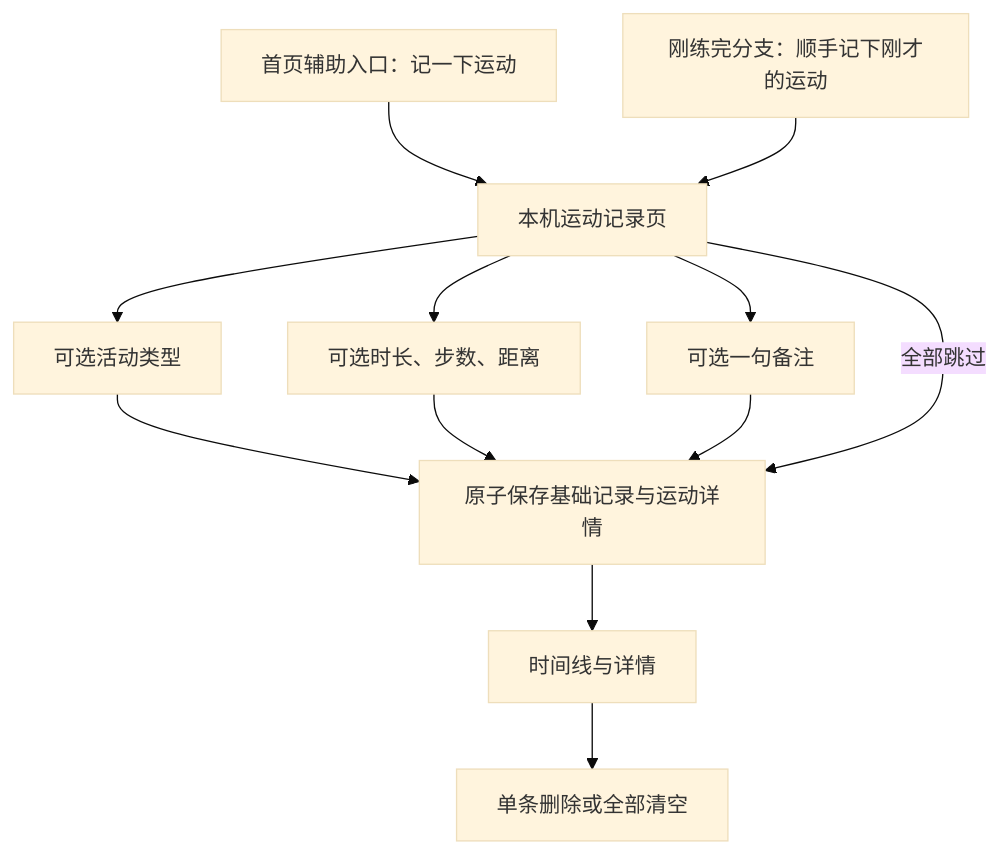
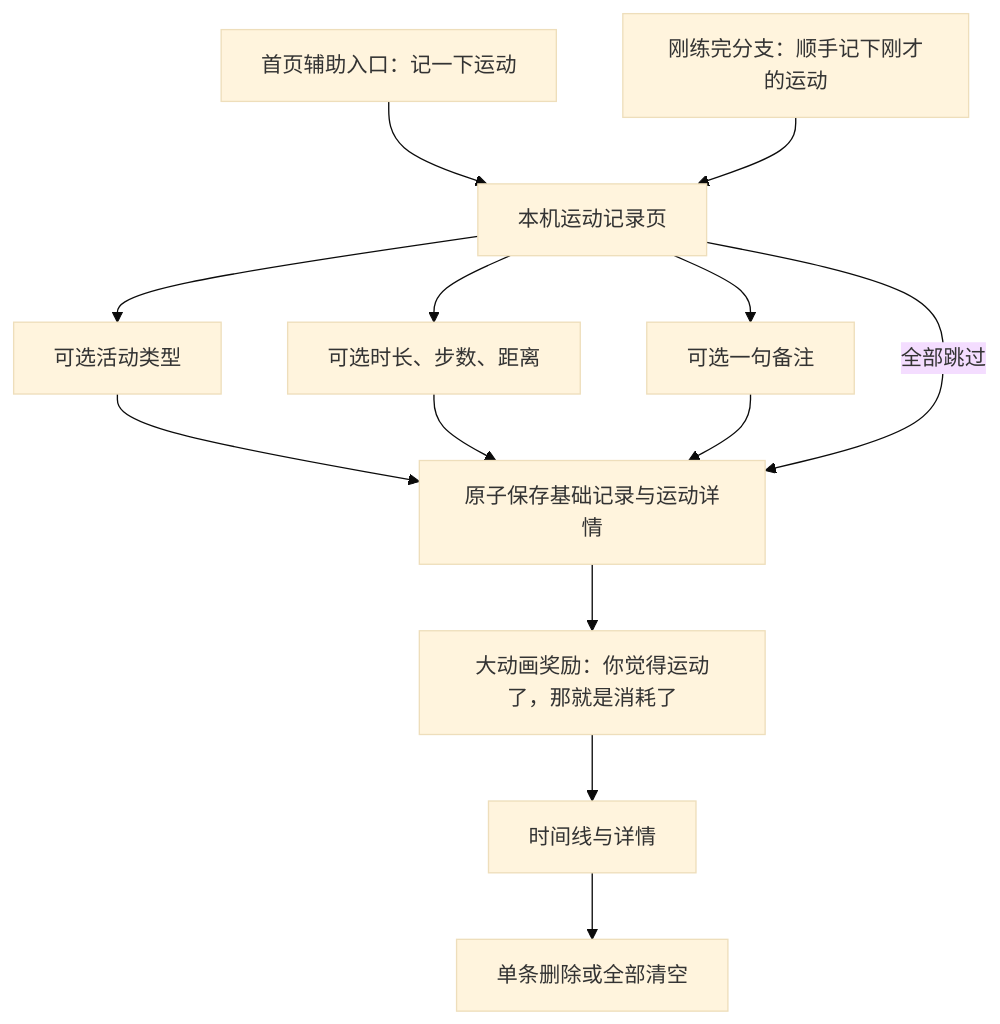
Before and after one commit to oukeming64-tech/different-diary: the diagram in docs/07-阶段3运动记录设计.md, drawn with Mermaid (base theme). The commit also changed other lines of this file and 8 other files, not shown here.

````diff
--- a/docs/07-阶段3运动记录设计.md
+++ b/docs/07-阶段3运动记录设计.md
@@ -43,14 +44,15 @@
 ```mermaid
 flowchart TD
     A["首页辅助入口：记一下运动"] --> C["本机运动记录页"]
     B["刚练完分支：顺手记下刚才的运动"] --> C
     C --> D["可选活动类型"]
     C --> E["可选时长、步数、距离"]
     C --> F["可选一句备注"]
     D --> G["原子保存基础记录与运动详情"]
     E --> G
     F --> G
     C -->|"全部跳过"| G
-    G --> H["时间线与详情"]
-    H --> I["单条删除或全部清空"]
+    G --> H["大动画奖励：你觉得运动了，那就是消耗了"]
+    H --> I["时间线与详情"]
+    I --> J["单条删除或全部清空"]
 ```
````
